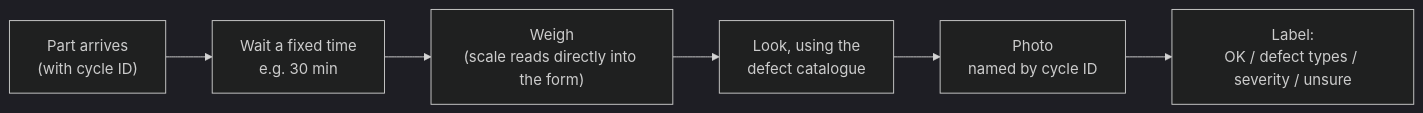
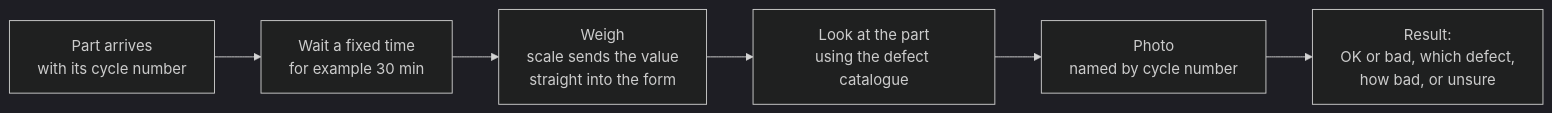
Before and after one commit to ikeremsen/injection-molding-quality-ai: the diagram in docs/DATA_COLLECTION_PLAN.md, drawn with Mermaid (dark theme). The commit also changed other lines of this file, not shown here.

````diff
--- a/docs/DATA_COLLECTION_PLAN.md
+++ b/docs/DATA_COLLECTION_PLAN.md
@@ -48,8 +51,8 @@
 ```mermaid
 flowchart LR
-    A["Part arrives<br/>(with cycle ID)"] --> B["Wait a fixed time<br/>e.g. 30 min"]
-    B --> C["Weigh<br/>(scale reads directly into the form)"]
-    C --> D["Look, using the<br/>defect catalogue"]
-    D --> E["Photo<br/>named by cycle ID"]
-    E --> F["Label:<br/>OK / defect types / severity / unsure"]
+    A["Part arrives<br/>with its cycle number"] --> B["Wait a fixed time<br/>for example 30 min"]
+    B --> C["Weigh<br/>scale sends the value<br/>straight into the form"]
+    C --> D["Look at the part<br/>using the defect catalogue"]
+    D --> E["Photo<br/>named by cycle number"]
+    E --> F["Result:<br/>OK or bad, which defect,<br/>how bad, or unsure"]
 ```
````
